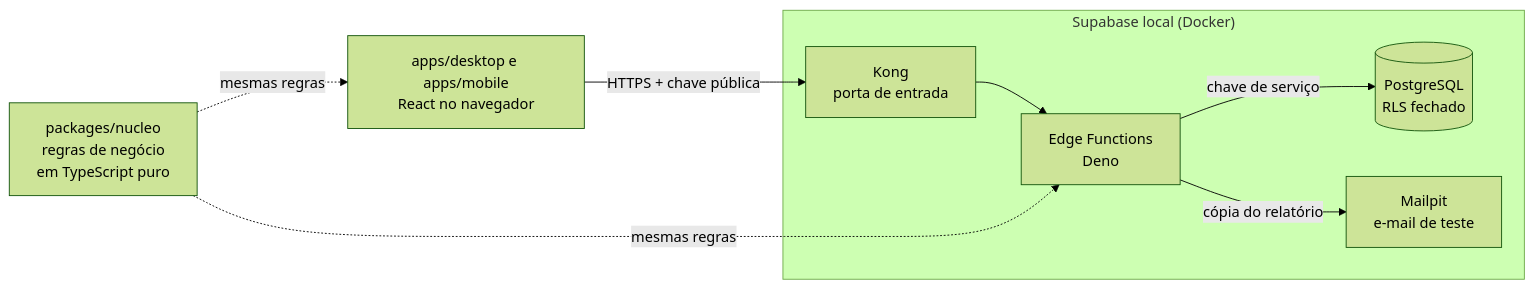
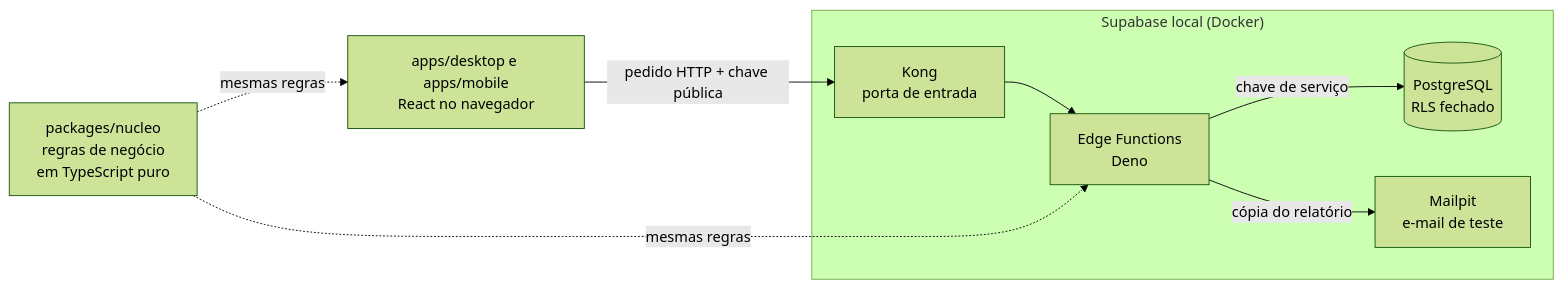
Before and after one commit to sout-MMdev/formulario_comercial: the diagram in README.md, drawn with Mermaid (forest theme). The commit also changed other lines of this file and 6 other files, not shown here.

````diff
--- a/README.md
+++ b/README.md
@@ -101,13 +101,13 @@
 ```mermaid
 flowchart LR
   N["packages/nucleo<br/>regras de negócio<br/>em TypeScript puro"]
   A["apps/desktop e apps/mobile<br/>React no navegador"]
   subgraph supabase["Supabase local (Docker)"]
     K["Kong<br/>porta de entrada"] --> F["Edge Functions<br/>Deno"]
     F -- "chave de serviço" --> DB[("PostgreSQL<br/>RLS fechado")]
     F -- "cópia do relatório" --> MP["Mailpit<br/>e-mail de teste"]
   end
   N -. "mesmas regras" .-> A
   N -. "mesmas regras" .-> F
-  A -- "HTTPS + chave pública" --> K
+  A -- "pedido HTTP + chave pública" --> K
 ```
````
